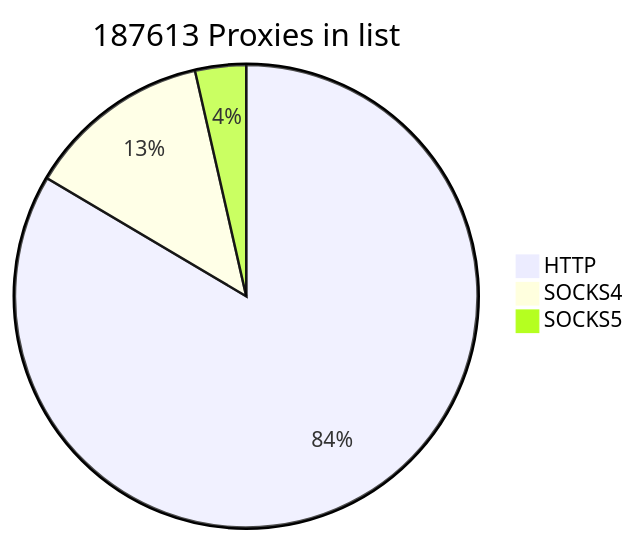
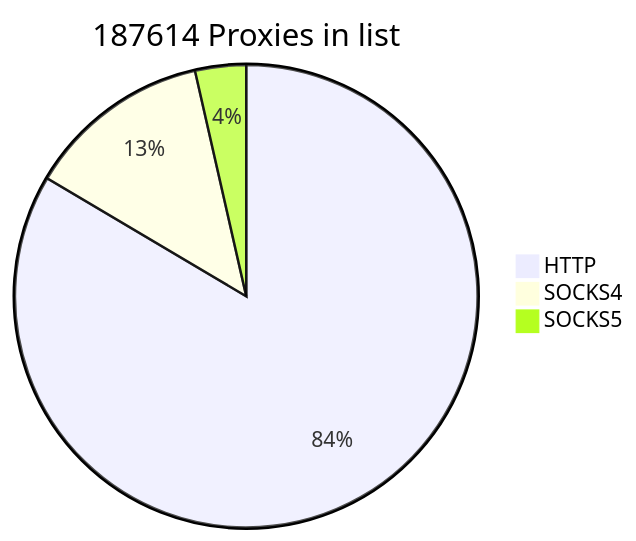
One commit to cutipu/proxylist changed the first of 2 diagrams in README.md. Above: the diagram before and after it, drawn with Mermaid. The commit also changed other lines of this file, not shown here.

````diff
--- a/README.md
+++ b/README.md
@@ -2,7 +2,7 @@
 ```mermaid
-pie title 187613 Proxies in list
+pie title 187614 Proxies in list
     "HTTP" : 156679
-    "SOCKS4" : 24257
+    "SOCKS4" : 24258
     "SOCKS5" : 6677
             
 ```
````
